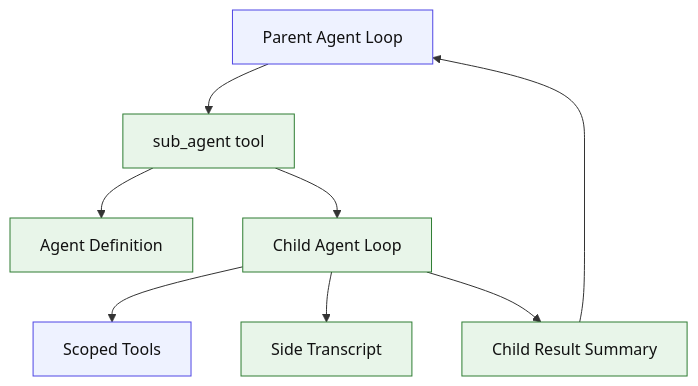
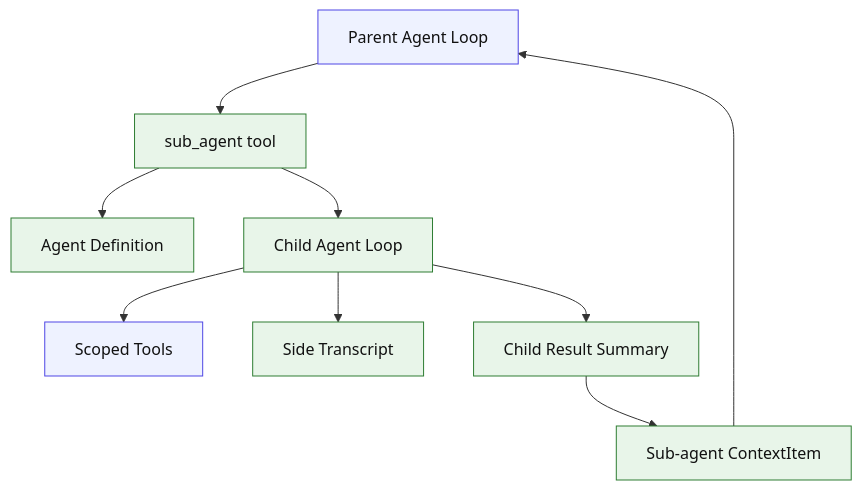
The diagram in code-agent-roadmap/architecture/diagrams/stage-11.md (1330482928/kai-code-agent), drawn with Mermaid before and after one commit. The commit also changed 41 other files, not shown here.

Commit message:
docs(roadmap): refresh staged agent roadmap

````diff
--- a/code-agent-roadmap/architecture/diagrams/stage-11.md
+++ b/code-agent-roadmap/architecture/diagrams/stage-11.md
@@ -3,15 +3,16 @@
 ```mermaid
 flowchart TB
   Parent["Parent Agent Loop"] --> AgentTool["sub_agent tool"]
   AgentTool --> Def["Agent Definition"]
   AgentTool --> Child["Child Agent Loop"]
   Child --> ChildTools["Scoped Tools"]
   Child --> Side["Side Transcript"]
   Child --> Summary["Child Result Summary"]
-  Summary --> Parent
+  Summary --> Item["Sub-agent ContextItem"]
+  Item --> Parent
 
   classDef existing fill:#eef2ff,stroke:#4f46e5,color:#111;
   classDef new fill:#e8f5e9,stroke:#2e7d32,color:#111;
   class Parent,ChildTools existing;
-  class AgentTool,Def,Child,Side,Summary new;
+  class AgentTool,Def,Child,Side,Summary,Item new;
 ```
````
